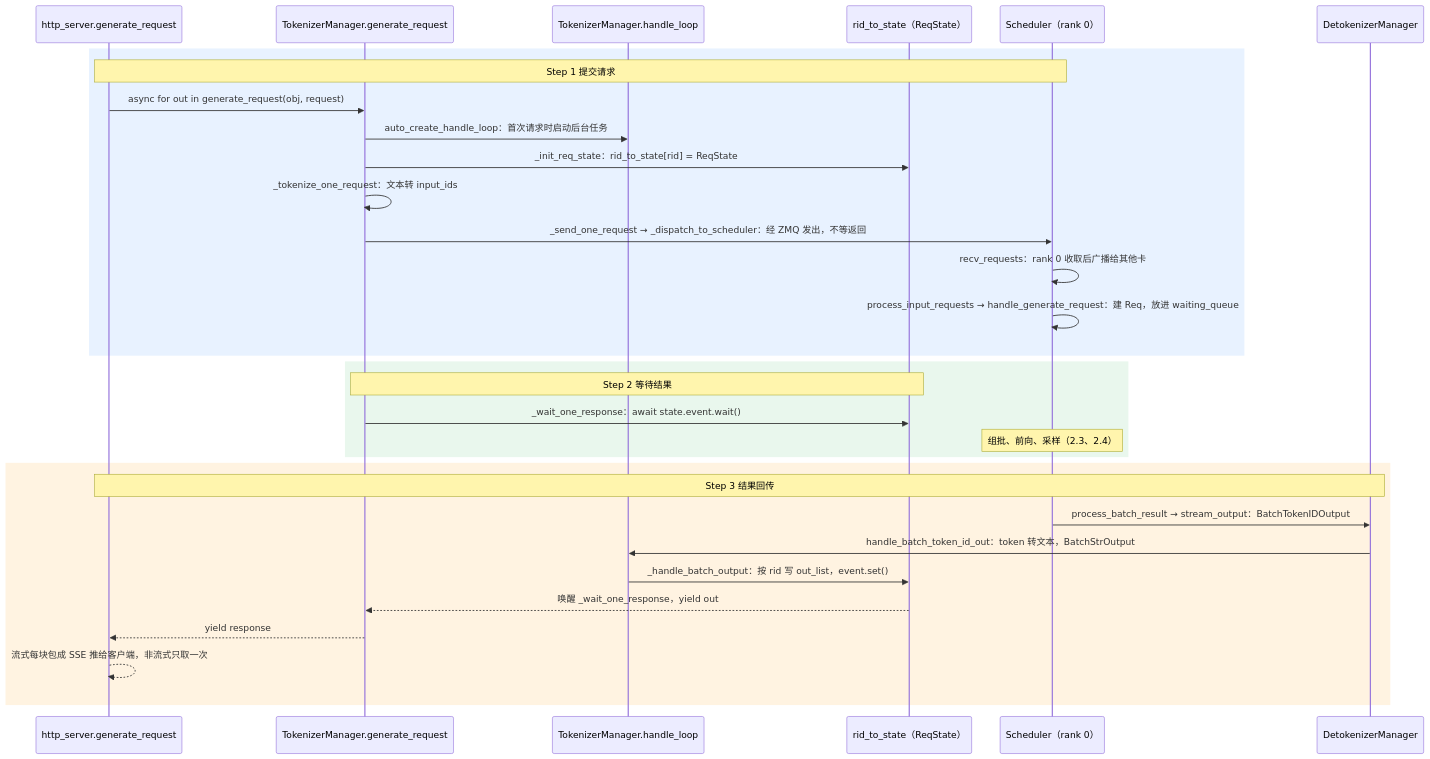
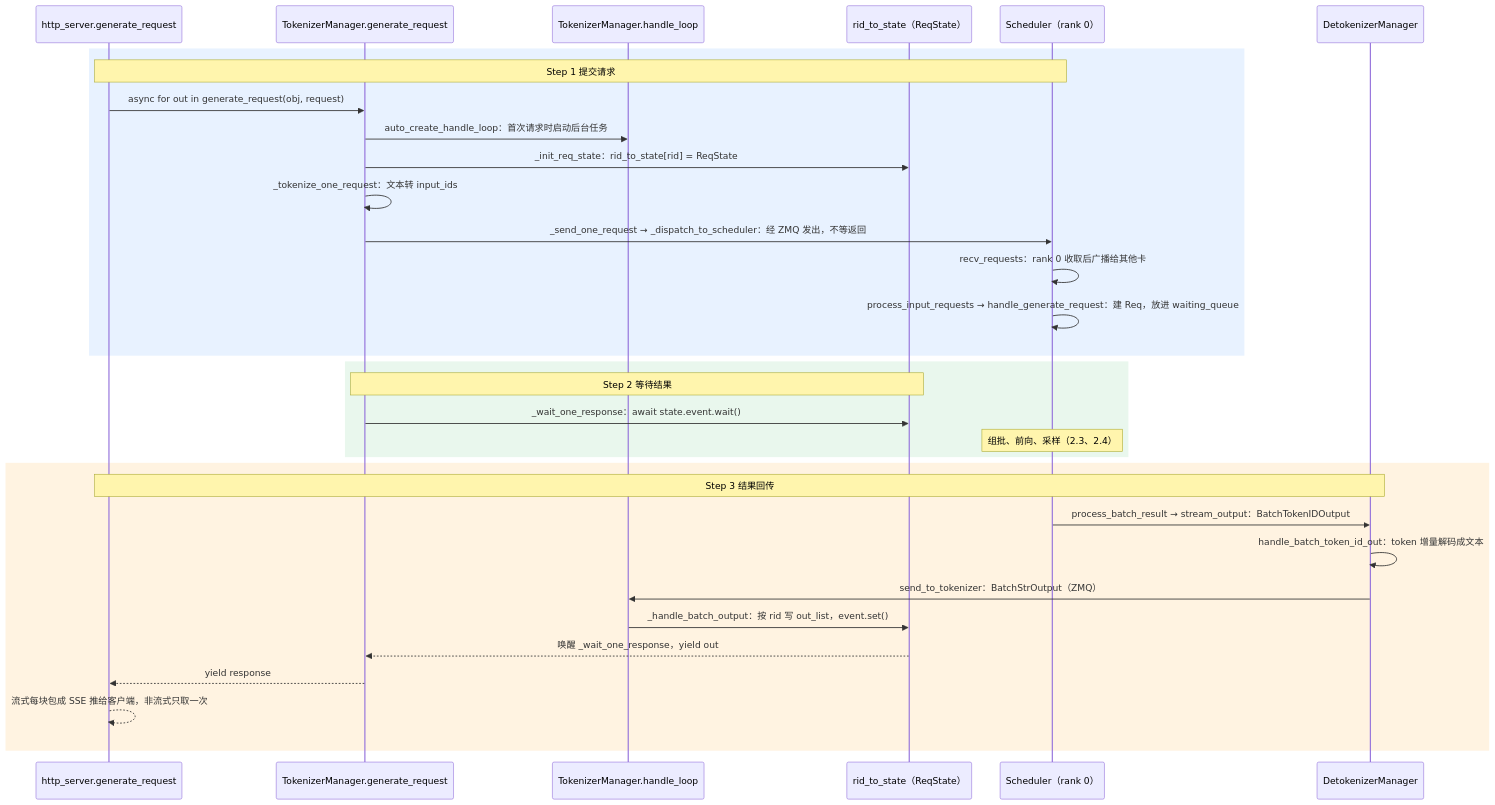
Before and after one commit to dugenkui03/sglang: the fourth of 10 diagrams in user_guide_zh/基础知识二：一次推理的全过程（启动、组批、前向与采样）.md, drawn with Mermaid. The commit also changed other lines of this file and 6 other files, not shown here.

````diff
--- a/user_guide_zh/基础知识二：一次推理的全过程（启动、组批、前向与采样）.md
+++ b/user_guide_zh/基础知识二：一次推理的全过程（启动、组批、前向与采样）.md
@@ -159,33 +159,34 @@
 ```mermaid
 sequenceDiagram
     participant H as http_server.generate_request
     participant T as TokenizerManager.generate_request
     participant HL as TokenizerManager.handle_loop
     participant R as rid_to_state（ReqState）
     participant S as Scheduler（rank 0）
     participant D as DetokenizerManager
     rect rgb(232, 242, 255)
         Note over H,S: Step 1 提交请求
         H->>T: async for out in generate_request(obj, request)
         T->>HL: auto_create_handle_loop：首次请求时启动后台任务
         T->>R: _init_req_state：rid_to_state[rid] = ReqState
         T->>T: _tokenize_one_request：文本转 input_ids
         T->>S: _send_one_request → _dispatch_to_scheduler：经 ZMQ 发出，不等返回
         S->>S: recv_requests：rank 0 收取后广播给其他卡
         S->>S: process_input_requests → handle_generate_request：建 Req，放进 waiting_queue
     end
     rect rgb(233, 247, 237)
         Note over T,R: Step 2 等待结果
         T->>R: _wait_one_response：await state.event.wait()
         Note over S: 组批、前向、采样（2.3、2.4）
     end
     rect rgb(255, 243, 225)
         Note over H,D: Step 3 结果回传
         S->>D: process_batch_result → stream_output：BatchTokenIDOutput
-        D->>HL: handle_batch_token_id_out：token 转文本，BatchStrOutput
+        D->>D: handle_batch_token_id_out：token 增量解码成文本
+        D->>HL: send_to_tokenizer：BatchStrOutput（ZMQ）
         HL->>R: _handle_batch_output：按 rid 写 out_list，event.set()
         R-->>T: 唤醒 _wait_one_response，yield out
         T-->>H: yield response
         H-->>H: 流式每块包成 SSE 推给客户端，非流式只取一次
     end
 ```
````
